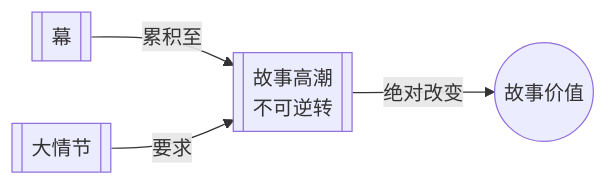
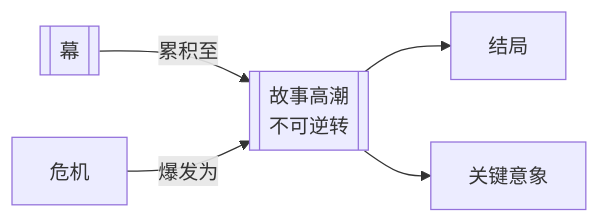
Before and after one commit to Quentinbest/LLM-Wiki-Story: the diagram in wiki/zh/structures/story-climax.md, drawn with Mermaid. The commit also changed other lines of this file and 37 other files, not shown here.

````diff
--- a/wiki/zh/structures/story-climax.md
+++ b/wiki/zh/structures/story-climax.md
@@ -31,10 +35,12 @@
 ```mermaid
 flowchart LR
   self[[故事高潮<br/>不可逆转]]
   act[[幕]]
-  values((故事价值))
-  arch[[大情节]]
+  crisis[危机]
+  res[结局]
+  key[关键意象]
   act -->|累积至| self
-  self -->|绝对改变| values
-  arch -->|要求| self
+  crisis -->|爆发为| self
+  self --> res
+  self --> key
 ```
````
